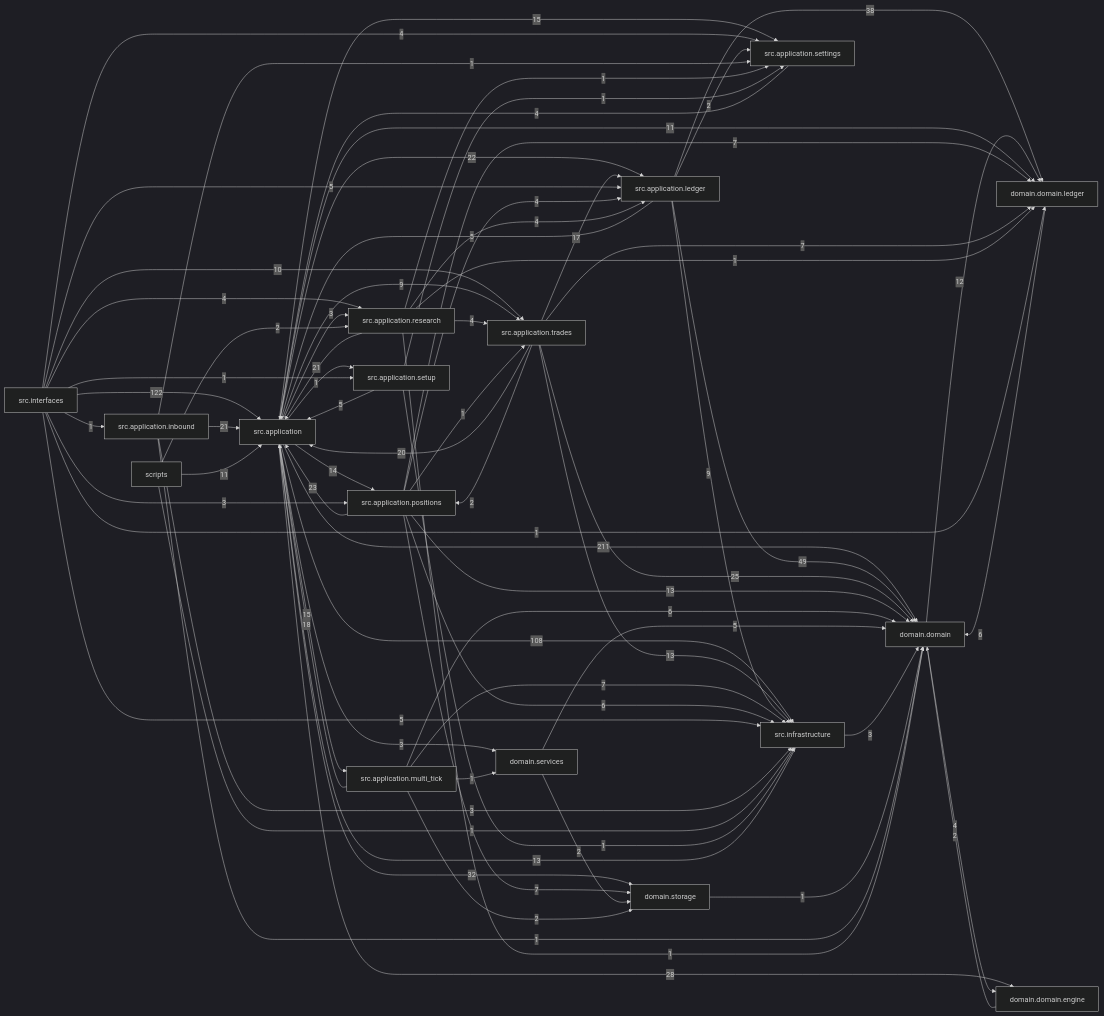
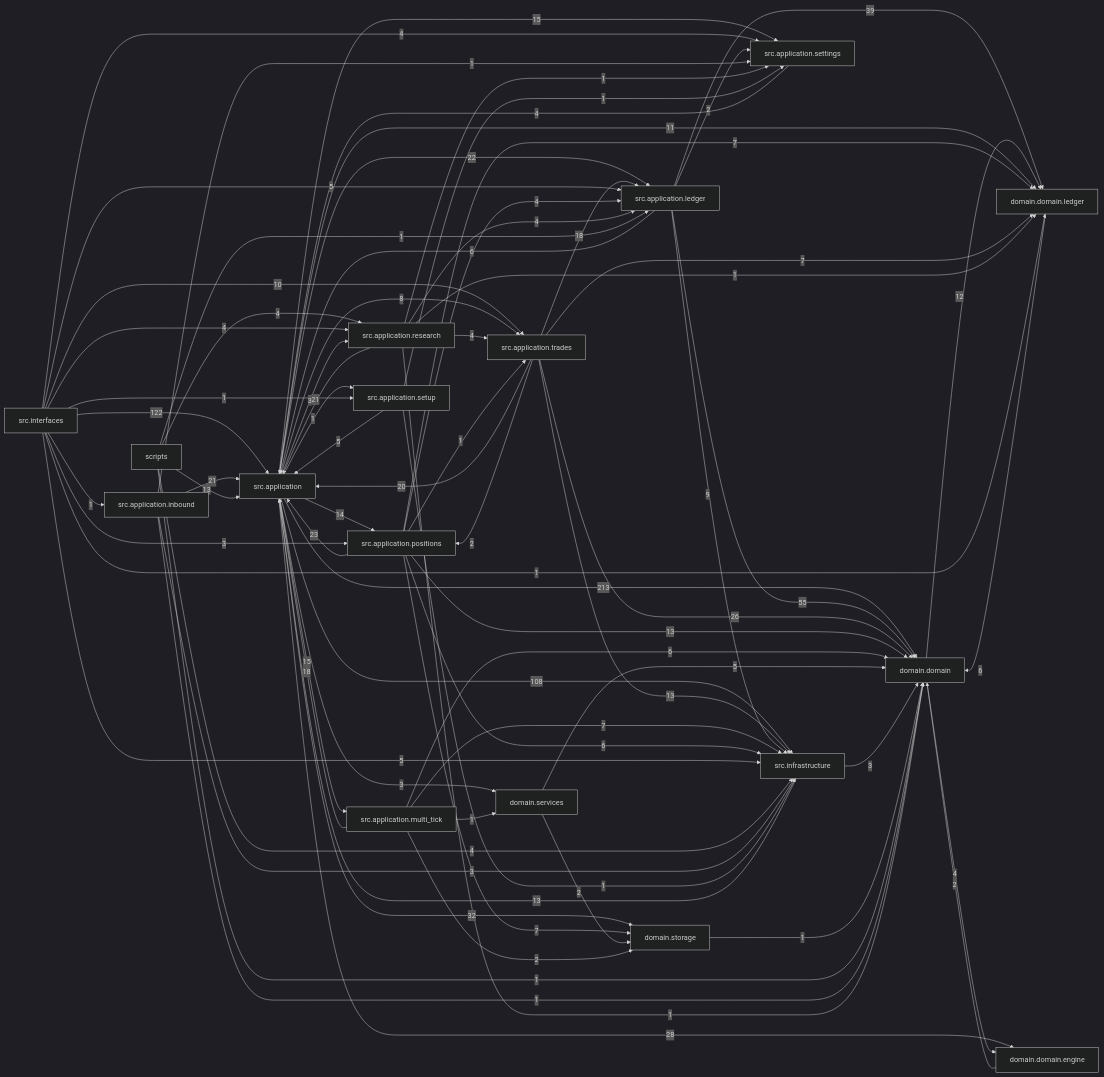
One commit to liuxie066/options-monitor changed the diagram in docs/dependency_graph.mmd. Above: the diagram before and after it, drawn with Mermaid (dark theme). The commit also changed 44 other files, not shown here.

```diff
--- a/docs/dependency_graph.mmd
+++ b/docs/dependency_graph.mmd
@@ -1,73 +1,75 @@
 flowchart LR
-  src_application["src.application"] -->|211| domain_domain["domain.domain"]
+  src_application["src.application"] -->|213| domain_domain["domain.domain"]
   src_interfaces["src.interfaces"] -->|122| src_application["src.application"]
   src_application["src.application"] -->|108| src_infrastructure["src.infrastructure"]
-  src_application_ledger["src.application.ledger"] -->|49| domain_domain["domain.domain"]
-  src_application_ledger["src.application.ledger"] -->|38| domain_domain_ledger["domain.domain.ledger"]
+  src_application_ledger["src.application.ledger"] -->|55| domain_domain["domain.domain"]
+  src_application_ledger["src.application.ledger"] -->|39| domain_domain_ledger["domain.domain.ledger"]
   src_application["src.application"] -->|32| domain_storage["domain.storage"]
   src_application["src.application"] -->|28| domain_domain_engine["domain.domain.engine"]
-  src_application_trades["src.application.trades"] -->|25| domain_domain["domain.domain"]
+  src_application_trades["src.application.trades"] -->|26| domain_domain["domain.domain"]
   src_application_positions["src.application.positions"] -->|23| src_application["src.application"]
   src_application["src.application"] -->|22| src_application_ledger["src.application.ledger"]
   src_application_inbound["src.application.inbound"] -->|21| src_application["src.application"]
   src_application_research["src.application.research"] -->|21| src_application["src.application"]
   src_application_trades["src.application.trades"] -->|20| src_application["src.application"]
   src_application_multi_tick["src.application.multi_tick"] -->|18| src_application["src.application"]
-  src_application_trades["src.application.trades"] -->|17| src_application_ledger["src.application.ledger"]
+  src_application_trades["src.application.trades"] -->|18| src_application_ledger["src.application.ledger"]
   src_application["src.application"] -->|15| src_application_multi_tick["src.application.multi_tick"]
   src_application["src.application"] -->|15| src_application_settings["src.application.settings"]
   src_application["src.application"] -->|14| src_application_positions["src.application.positions"]
+  scripts["scripts"] -->|13| src_application["src.application"]
   src_application_positions["src.application.positions"] -->|13| domain_domain["domain.domain"]
   src_application_trades["src.application.trades"] -->|13| src_infrastructure["src.infrastructure"]
   src_infrastructure["src.infrastructure"] -->|13| src_application["src.application"]
   domain_domain["domain.domain"] -->|12| domain_domain_ledger["domain.domain.ledger"]
-  scripts["scripts"] -->|11| src_application["src.application"]
   src_application["src.application"] -->|11| domain_domain_ledger["domain.domain.ledger"]
   src_interfaces["src.interfaces"] -->|10| src_application_trades["src.application.trades"]
-  src_application["src.application"] -->|9| src_application_trades["src.application.trades"]
   src_application_ledger["src.application.ledger"] -->|9| src_infrastructure["src.infrastructure"]
+  src_application["src.application"] -->|8| src_application_trades["src.application.trades"]
   src_application_multi_tick["src.application.multi_tick"] -->|7| src_infrastructure["src.infrastructure"]
   src_application_positions["src.application.positions"] -->|7| domain_domain_ledger["domain.domain.ledger"]
   src_application_positions["src.application.positions"] -->|7| domain_storage["domain.storage"]
   src_application_trades["src.application.trades"] -->|7| domain_domain_ledger["domain.domain.ledger"]
   domain_domain_ledger["domain.domain.ledger"] -->|6| domain_domain["domain.domain"]
+  src_application_ledger["src.application.ledger"] -->|6| src_application["src.application"]
   src_application_multi_tick["src.application.multi_tick"] -->|6| domain_domain["domain.domain"]
   src_application_positions["src.application.positions"] -->|6| src_infrastructure["src.infrastructure"]
   domain_services["domain.services"] -->|5| domain_domain["domain.domain"]
-  src_application_ledger["src.application.ledger"] -->|5| src_application["src.application"]
   src_application_setup["src.application.setup"] -->|5| src_application["src.application"]
   src_interfaces["src.interfaces"] -->|5| src_application_ledger["src.application.ledger"]
   src_interfaces["src.interfaces"] -->|5| src_infrastructure["src.infrastructure"]
   domain_domain["domain.domain"] -->|4| domain_domain_engine["domain.domain.engine"]
+  scripts["scripts"] -->|4| src_application_research["src.application.research"]
+  scripts["scripts"] -->|4| src_infrastructure["src.infrastructure"]
   src_application_positions["src.application.positions"] -->|4| src_application_ledger["src.application.ledger"]
   src_application_research["src.application.research"] -->|4| src_application_ledger["src.application.ledger"]
   src_application_research["src.application.research"] -->|4| src_application_trades["src.application.trades"]
   src_application_settings["src.application.settings"] -->|4| src_application["src.application"]
   src_interfaces["src.interfaces"] -->|4| src_application_research["src.application.research"]
   src_interfaces["src.interfaces"] -->|4| src_application_settings["src.application.settings"]
   src_application["src.application"] -->|3| domain_services["domain.services"]
   src_application["src.application"] -->|3| src_application_research["src.application.research"]
   src_application_inbound["src.application.inbound"] -->|3| src_infrastructure["src.infrastructure"]
   src_infrastructure["src.infrastructure"] -->|3| domain_domain["domain.domain"]
   src_interfaces["src.interfaces"] -->|3| src_application_positions["src.application.positions"]
   domain_domain_engine["domain.domain.engine"] -->|2| domain_domain["domain.domain"]
   domain_services["domain.services"] -->|2| domain_storage["domain.storage"]
-  scripts["scripts"] -->|2| src_application_research["src.application.research"]
   src_application_ledger["src.application.ledger"] -->|2| src_application_settings["src.application.settings"]
   src_application_multi_tick["src.application.multi_tick"] -->|2| domain_storage["domain.storage"]
   src_application_trades["src.application.trades"] -->|2| src_application_positions["src.application.positions"]
   domain_storage["domain.storage"] -->|1| domain_domain["domain.domain"]
-  scripts["scripts"] -->|1| src_infrastructure["src.infrastructure"]
+  scripts["scripts"] -->|1| domain_domain["domain.domain"]
+  scripts["scripts"] -->|1| src_application_ledger["src.application.ledger"]
   src_application["src.application"] -->|1| src_application_setup["src.application.setup"]
   src_application_inbound["src.application.inbound"] -->|1| domain_domain["domain.domain"]
   src_application_inbound["src.application.inbound"] -->|1| src_application_settings["src.application.settings"]
   src_application_multi_tick["src.application.multi_tick"] -->|1| domain_services["domain.services"]
   src_application_positions["src.application.positions"] -->|1| src_application_trades["src.application.trades"]
   src_application_research["src.application.research"] -->|1| domain_domain["domain.domain"]
   src_application_research["src.application.research"] -->|1| domain_domain_ledger["domain.domain.ledger"]
   src_application_research["src.application.research"] -->|1| src_application_settings["src.application.settings"]
   src_application_setup["src.application.setup"] -->|1| src_application_settings["src.application.settings"]
   src_application_setup["src.application.setup"] -->|1| src_infrastructure["src.infrastructure"]
   src_interfaces["src.interfaces"] -->|1| domain_domain_ledger["domain.domain.ledger"]
   src_interfaces["src.interfaces"] -->|1| src_application_inbound["src.application.inbound"]
   src_interfaces["src.interfaces"] -->|1| src_application_setup["src.application.setup"]
```
